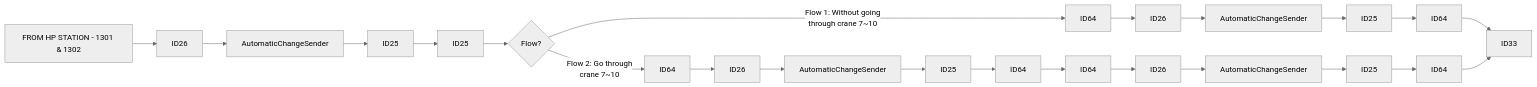
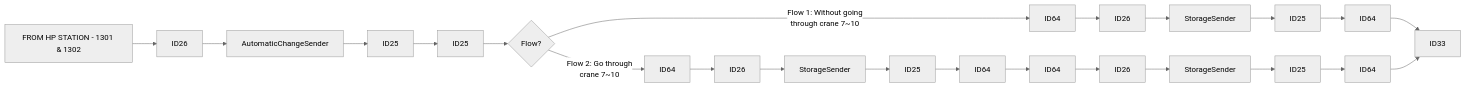
The first of 22 diagrams in Basic-Design/DFD-WMS/Storage/Unplanned-Storage/Unplanned-Storage-from-HP.md (luthfiadityaa/SimeDarby-Wiki), drawn with Mermaid (neutral theme) before and after one commit.

Commit message:
Updated Unplanned Storage from HP

```diff
--- a/Basic-Design/DFD-WMS/Storage/Unplanned-Storage/Unplanned-Storage-from-HP.md
+++ b/Basic-Design/DFD-WMS/Storage/Unplanned-Storage/Unplanned-Storage-from-HP.md
@@ -8,15 +8,15 @@
 ::: mermaid
 flowchart LR
   
 P1[FROM HP STATION - 1301 & 1302]-->P2[ID26]-->P3[AutomaticChangeSender]-->P4[ID25]-->P7[ID25]
 P7[ID25]-->Cond1{Flow?} 
 Cond1 --> |Flow 1: Without going 
 through crane 7~10| P8[ID64]
 Cond1 --> |Flow 2: Go through 
 crane 7~10| P9[ID64]
-P8[ID64]-->P10[ID26]-->P11[AutomaticChangeSender]-->P12[ID25]-->P13[ID64]
-P9[ID64]-->P15[ID26]-->P16[AutomaticChangeSender]-->P17[ID25]-->P18[ID64]-->P19[ID64]-->P20[ID26]-->P21[AutomaticChangeSender]-->P22[ID25]-->P23[ID64]
+P8[ID64]-->P10[ID26]-->P11[StorageSender]-->P12[ID25]-->P13[ID64]
+P9[ID64]-->P15[ID26]-->P16[StorageSender]-->P17[ID25]-->P18[ID64]-->P19[ID64]-->P20[ID26]-->P21[StorageSender]-->P22[ID25]-->P23[ID64]
 
 P13[ID64]-->P14[ID33]
 P23[ID64]-->P14[ID33]
 :::
```
